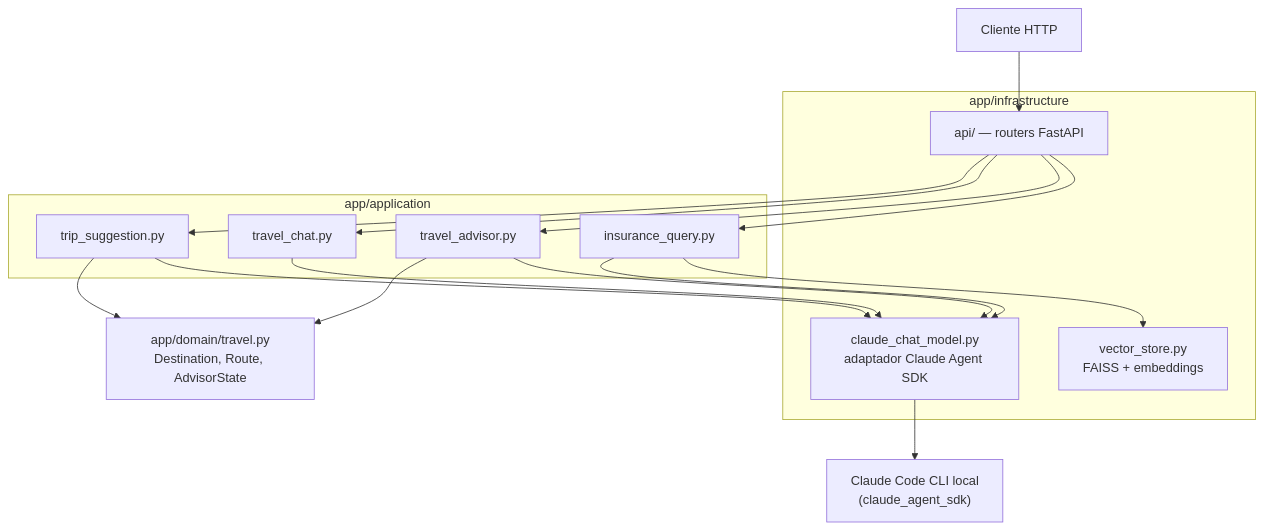
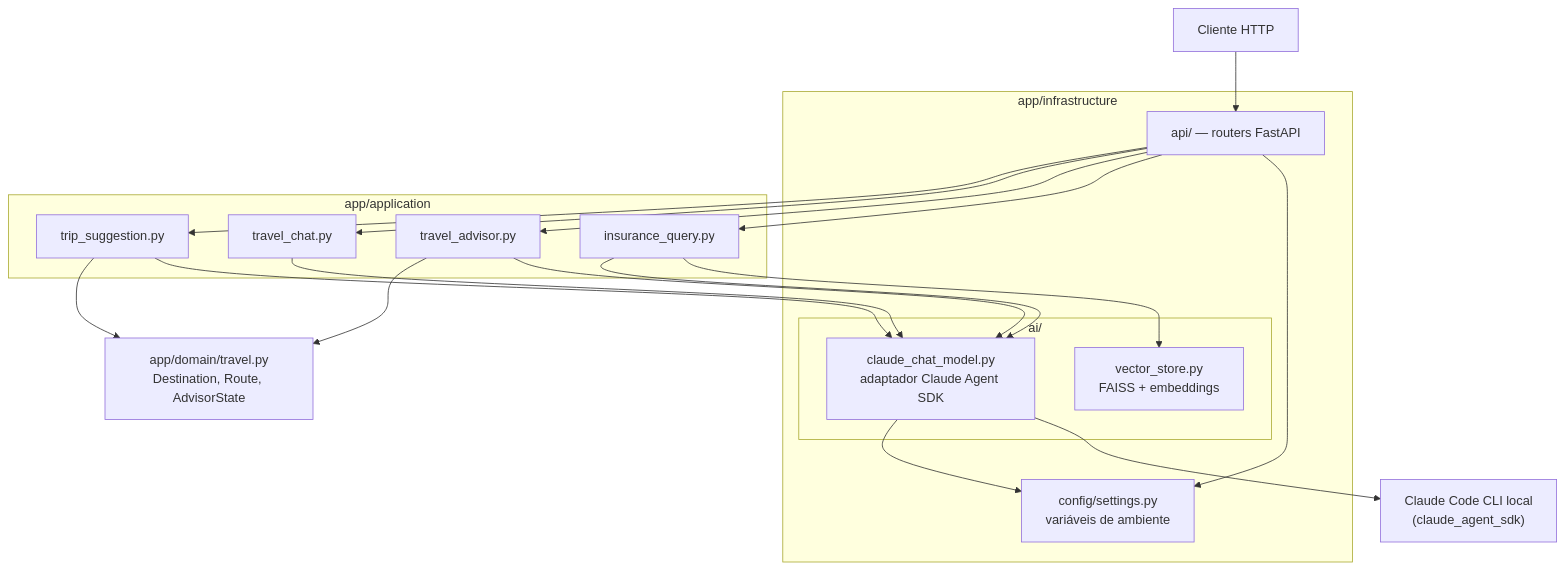
The diagram in readme.md (gabrielpaschoal-eng/LLM), drawn with Mermaid before and after one commit. The commit also changed other lines of this file and 11 other files, not shown here.

````diff
--- a/readme.md
+++ b/readme.md
@@ -132,27 +132,32 @@
 ```mermaid
 flowchart TD
     Client["Cliente HTTP"] --> API
 
     subgraph infra["app/infrastructure"]
         API["api/ — routers FastAPI"]
-        SDK["claude_chat_model.py<br/>adaptador Claude Agent SDK"]
-        VEC["vector_store.py<br/>FAISS + embeddings"]
+        subgraph ai["ai/"]
+            SDK["claude_chat_model.py<br/>adaptador Claude Agent SDK"]
+            VEC["vector_store.py<br/>FAISS + embeddings"]
+        end
+        CFG["config/settings.py<br/>variáveis de ambiente"]
     end
 
     subgraph application["app/application"]
         UC1["trip_suggestion.py"]
         UC2["travel_chat.py"]
         UC3["travel_advisor.py"]
         UC4["insurance_query.py"]
     end
 
     DOM["app/domain/travel.py<br/>Destination, Route, AdvisorState"]
     CLI["Claude Code CLI local<br/>(claude_agent_sdk)"]
 
     API --> UC1 & UC2 & UC3 & UC4
+    API --> CFG
     UC1 & UC3 --> DOM
     UC1 & UC2 & UC3 --> SDK
     UC4 --> SDK
     UC4 --> VEC
+    SDK --> CFG
     SDK --> CLI
 ```
````
